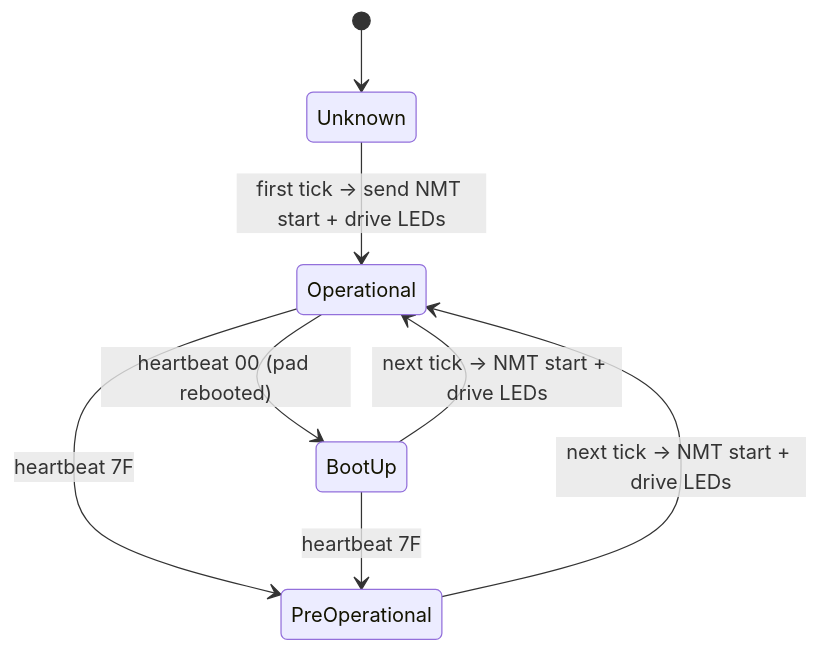
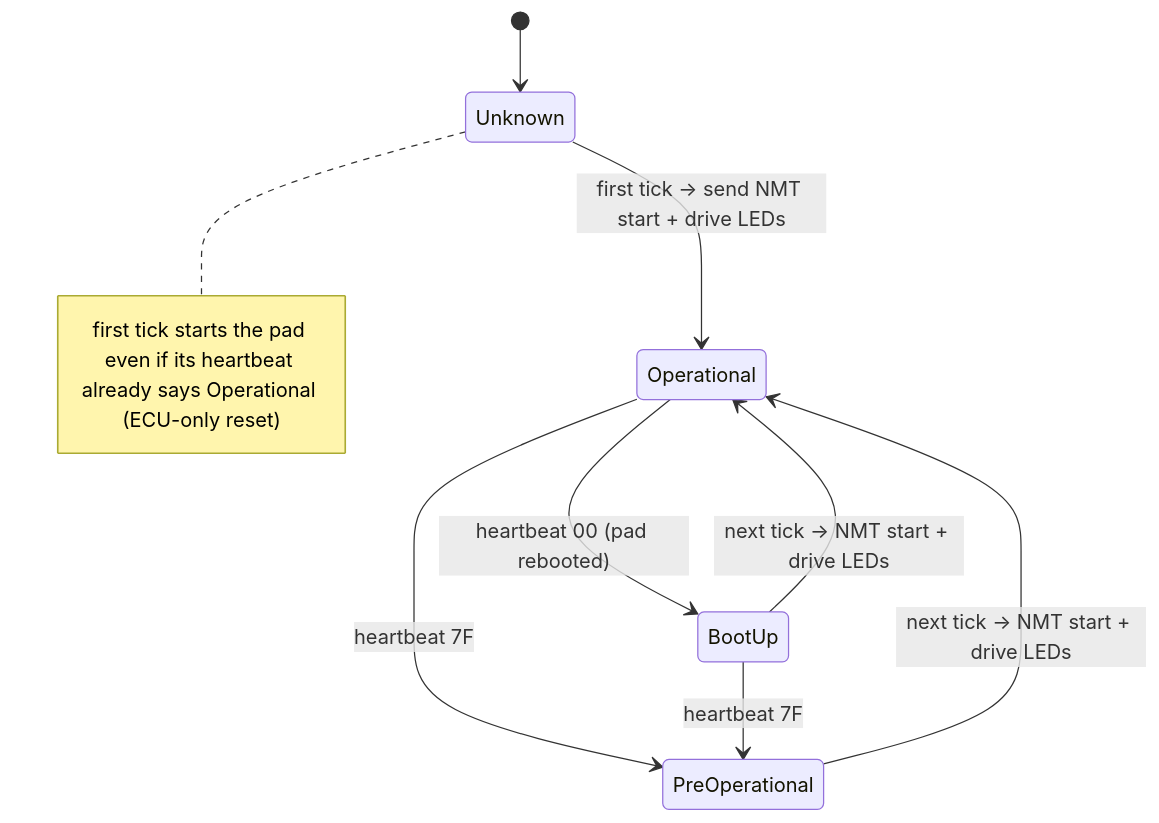
Before and after one commit to dreamev/mm-ecu: the second of 2 diagrams in lode/keypad/can-protocol.md, drawn with Mermaid. The commit also changed other lines of this file and 13 other files, not shown here.

Commit message:
docs(lode): reflect final architecture, testing, deploy and roadmap

````diff
--- a/lode/keypad/can-protocol.md
+++ b/lode/keypad/can-protocol.md
@@ -52,10 +54,11 @@
 ```mermaid
 stateDiagram-v2
   [*] --> Unknown
   Unknown --> Operational: first tick → send NMT start + drive LEDs
+  note right of Unknown: first tick starts the pad even if its heartbeat already says Operational (ECU-only reset)
   Operational --> BootUp: heartbeat 00 (pad rebooted)
   BootUp --> Operational: next tick → NMT start + drive LEDs
   PreOperational --> Operational: next tick → NMT start + drive LEDs
   Operational --> PreOperational: heartbeat 7F
   BootUp --> PreOperational: heartbeat 7F
 ```
````
